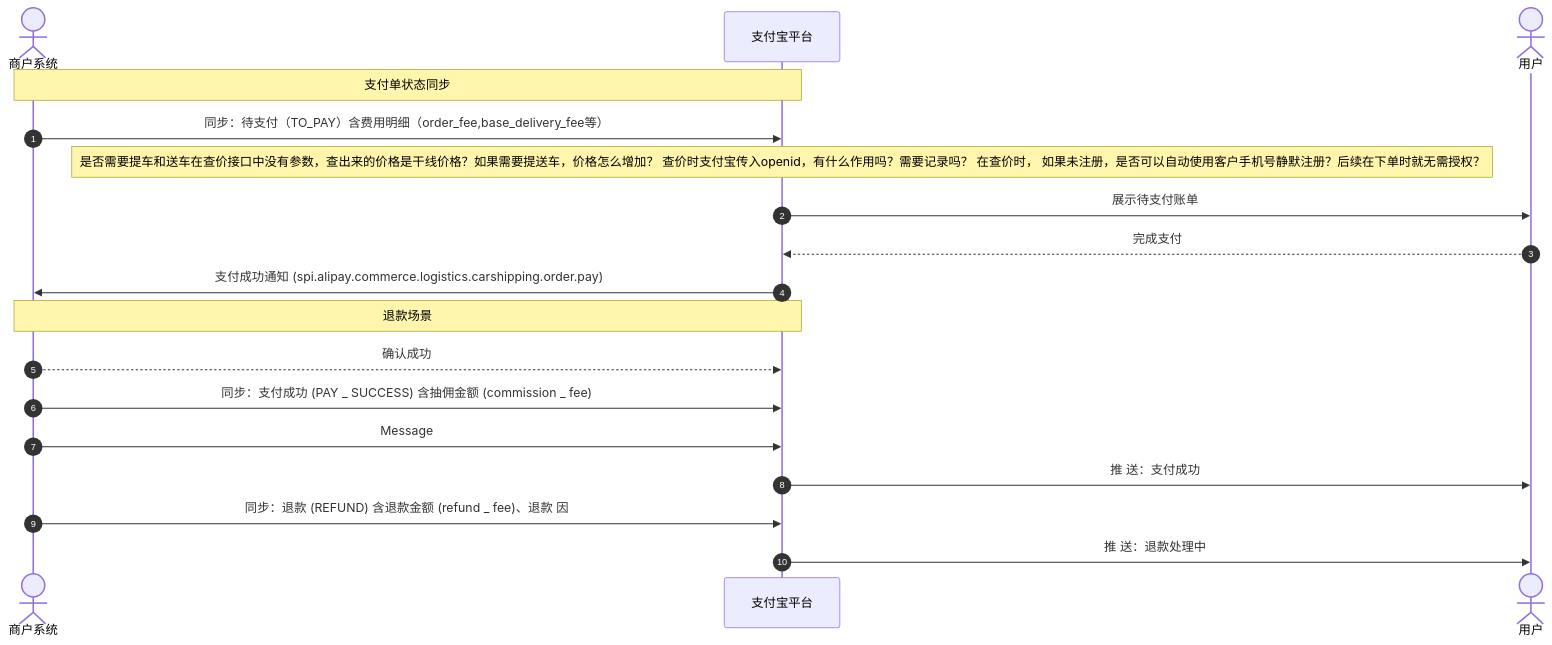
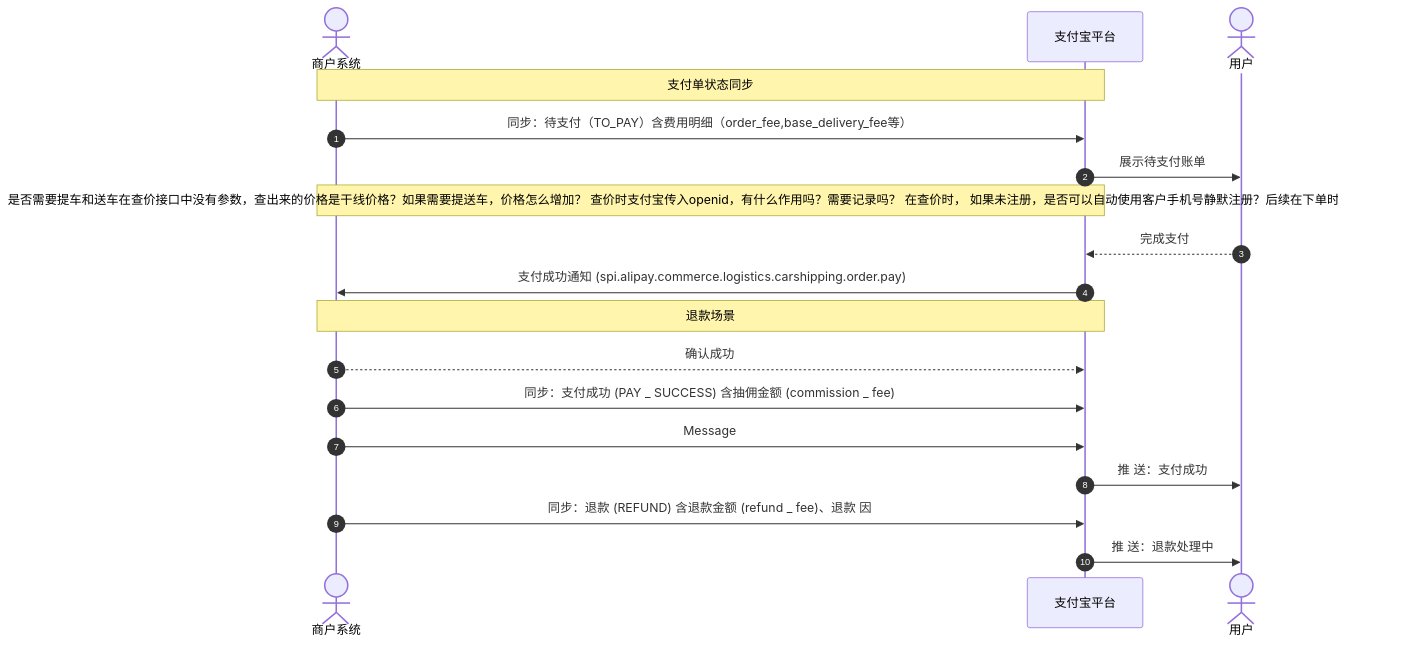
One commit to pingpm/mermaid_vault changed the diagram in notes/支付单状态同步时序_b3042cb3-08c1-43b5-b440-32d3f6443821.md. Above: the diagram before and after it, drawn with Mermaid. The commit also changed 2 other files, not shown here.

Commit message:
Sync Mermaid Studio data (15 diagrams)

````diff
--- a/notes/支付单状态同步时序_b3042cb3-08c1-43b5-b440-32d3f6443821.md
+++ b/notes/支付单状态同步时序_b3042cb3-08c1-43b5-b440-32d3f6443821.md
@@ -3,21 +3,21 @@
 ```mermaid
 sequenceDiagram
   autonumber
   actor p0 as 商户系统
   participant p1 as ⽀付宝平台
   actor p2 as 用户
   Note over p0,p1: ⽀付单状态同步
   p0->>p1: 同步：待支付（TO_PAY）含费用明细（order_fee,base_delivery_fee等）
-  Note over p1: 是否需要提车和送车在查价接口中没有参数，查出来的价格是干线价格？如果需要提送车，价格怎么增加？ 查价时支付宝传入openid，有什么作用吗？需要记录吗？ 在查价时， 如果未注册，是否可以自动使用客户手机号静默注册？后续在下单时就无需授权？
   p1->>p2: 展示待⽀付账单
+  Note over p0,p1: 是否需要提车和送车在查价接口中没有参数，查出来的价格是干线价格？如果需要提送车，价格怎么增加？ 查价时支付宝传入openid，有什么作用吗？需要记录吗？ 在查价时， 如果未注册，是否可以自动使用客户手机号静默注册？后续在下单时就无需授权？
   p2-->>p1: 完成⽀付
   p1->>p0: ⽀付成功通知 (spi.alipay.commerce.logistics.carshipping.order.pay)
   Note over p0,p1: 退款场景
   p0-->>p1: 确认成功
   p0->>p1: 同步：⽀付成功 (PAY _ SUCCESS) 含抽佣⾦额 (commission _ fee)
   p0->>p1: Message
   p1->>p2: 推 送：⽀付成功
   p0->>p1: 同步：退款 (REFUND) 含退款⾦额 (refund _ fee)、退款 因
   p1->>p2: 推 送：退款处理中
 
 ```
````
